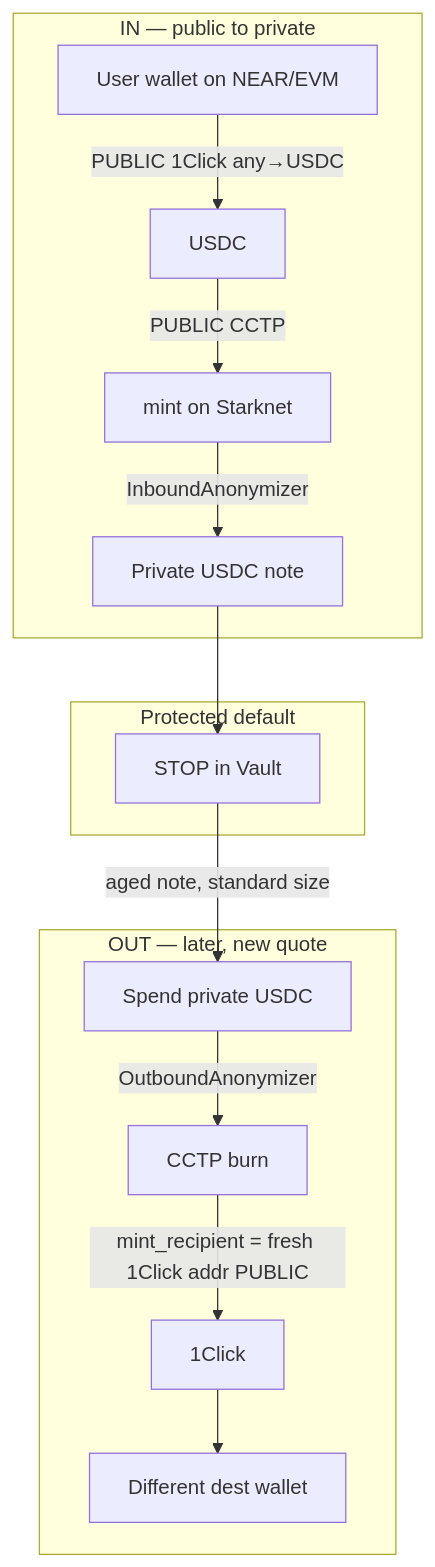
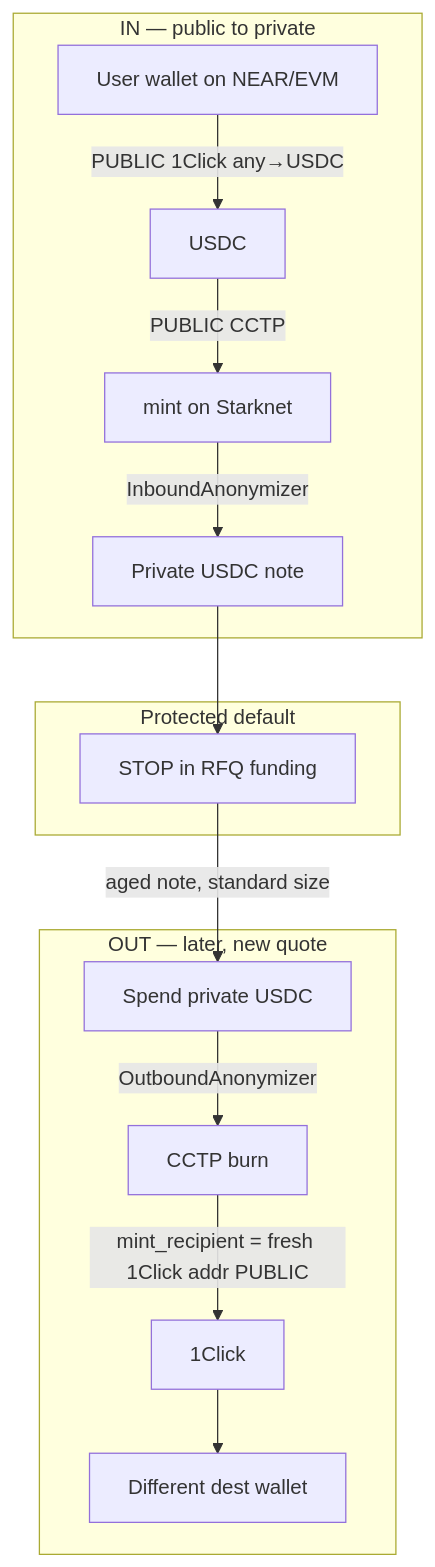
The third of 10 diagrams in docs/APP20_SWAP_FLOWS.md (gstohl/app20), drawn with Mermaid before and after one commit. The commit also changed other lines of this file and 238 other files, not shown here.

````diff
--- a/docs/APP20_SWAP_FLOWS.md
+++ b/docs/APP20_SWAP_FLOWS.md
@@ -73,19 +73,19 @@
 ```mermaid
 flowchart TB
   subgraph IN["IN — public to private"]
     W1[User wallet on NEAR/EVM] -->|PUBLIC 1Click any→USDC| U1[USDC]
     U1 -->|PUBLIC CCTP| M[mint on Starknet]
     M -->|InboundAnonymizer| N1[Private USDC note]
   end
 
   subgraph REST["Protected default"]
-    N1 --> Stop[STOP in Vault]
+    N1 --> Stop[STOP in RFQ funding]
   end
 
   subgraph OUT["OUT — later, new quote"]
     Stop -->|aged note, standard size| N2[Spend private USDC]
     N2 -->|OutboundAnonymizer| B[CCTP burn]
     B -->|mint_recipient = fresh 1Click addr PUBLIC| Q[1Click]
     Q --> W2[Different dest wallet]
   end
 ```
````
